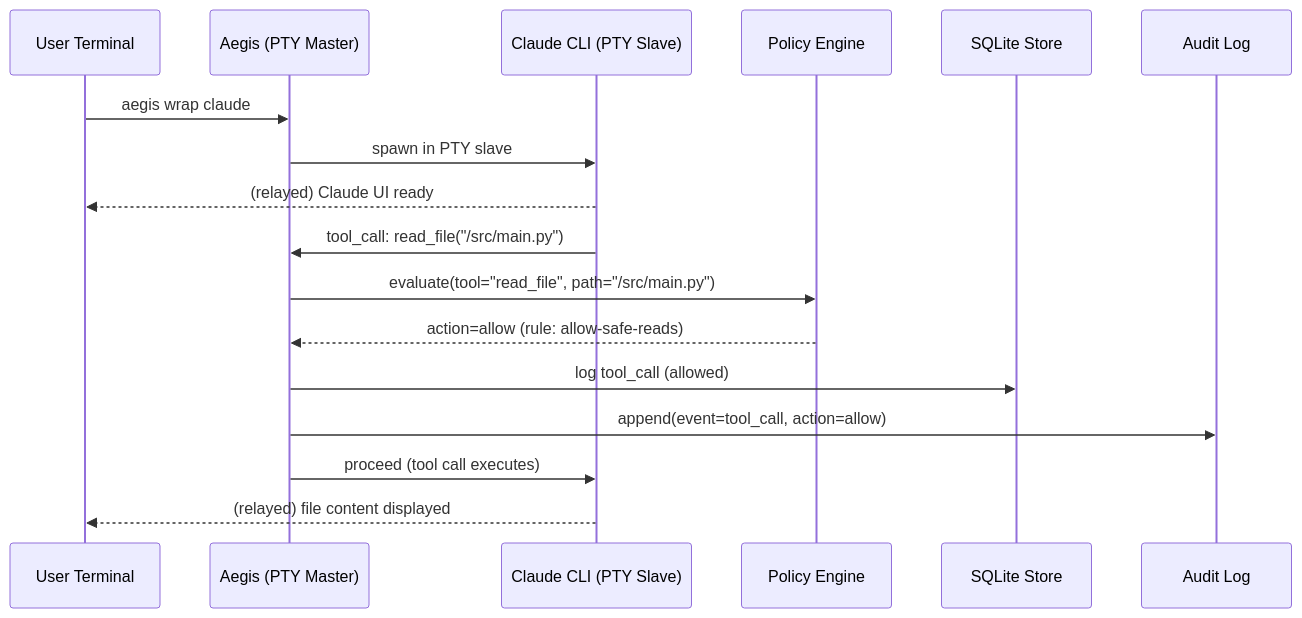
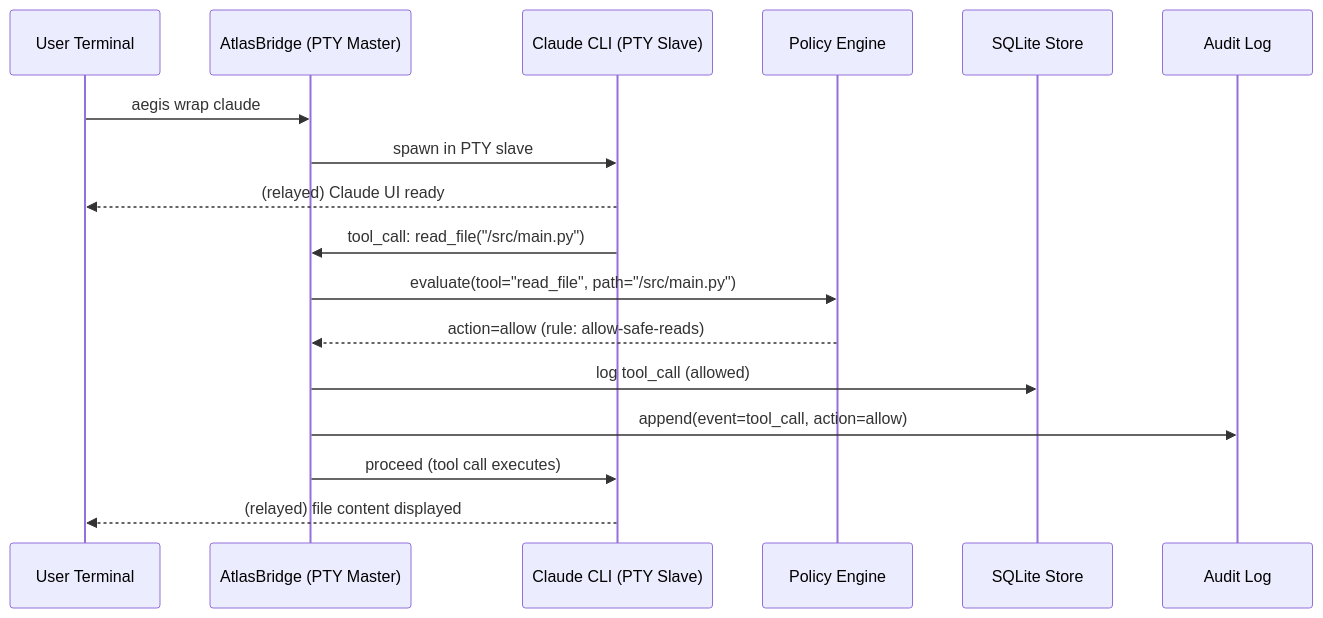
One commit to abdulraoufatia/aegis-cli changed the first of 8 diagrams in docs/tool-interception-design.md. Above: the diagram before and after it, drawn with Mermaid. The commit also changed other lines of this file and 171 other files, not shown here.

First line of the commit message:
chore: rename project Aegis → AtlasBridge

````diff
--- a/docs/tool-interception-design.md
+++ b/docs/tool-interception-design.md
@@ -146,21 +146,21 @@
 ```mermaid
 sequenceDiagram
     participant U as User Terminal
-    participant A as Aegis (PTY Master)
+    participant A as AtlasBridge (PTY Master)
     participant C as Claude CLI (PTY Slave)
     participant P as Policy Engine
     participant DB as SQLite Store
     participant AL as Audit Log
 
     U->>A: aegis wrap claude
     A->>C: spawn in PTY slave
     C-->>U: (relayed) Claude UI ready
 
     C->>A: tool_call: read_file("/src/main.py")
     A->>P: evaluate(tool="read_file", path="/src/main.py")
     P-->>A: action=allow (rule: allow-safe-reads)
     A->>DB: log tool_call (allowed)
     A->>AL: append(event=tool_call, action=allow)
     A->>C: proceed (tool call executes)
     C-->>U: (relayed) file content displayed
 ```
````
